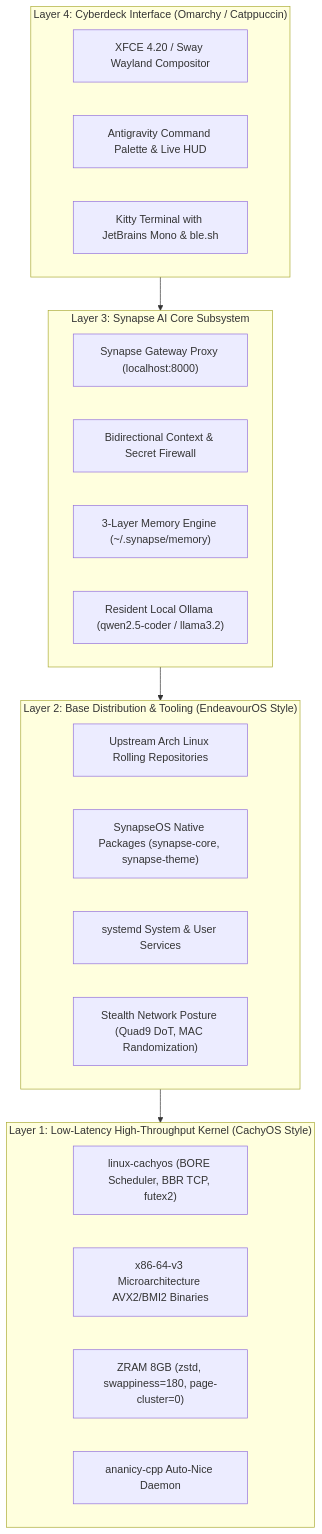
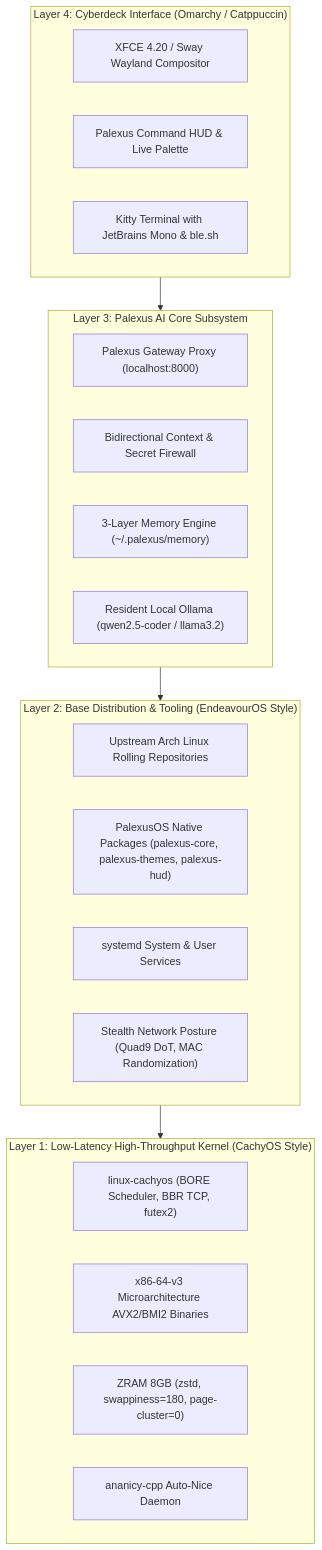
One commit to earnerbaymalay/palexusOS changed the diagram in docs/ARCHITECTURE.md. Above: the diagram before and after it, drawn with Mermaid. The commit also changed other lines of this file and 21 other files, not shown here.

````diff
--- a/docs/ARCHITECTURE.md
+++ b/docs/ARCHITECTURE.md
@@ -18,33 +18,33 @@
 ```mermaid
 flowchart TD
     subgraph UI ["Layer 4: Cyberdeck Interface (Omarchy / Catppuccin)"]
         W["XFCE 4.20 / Sway Wayland Compositor"]
-        P["Antigravity Command Palette & Live HUD"]
+        P["Palexus Command HUD & Live Palette"]
         K["Kitty Terminal with JetBrains Mono & ble.sh"]
     end
 
-    subgraph AI ["Layer 3: Synapse AI Core Subsystem"]
-        GW["Synapse Gateway Proxy (localhost:8000)"]
+    subgraph AI ["Layer 3: Palexus AI Core Subsystem"]
+        GW["Palexus Gateway Proxy (localhost:8000)"]
         FW["Bidirectional Context & Secret Firewall"]
-        MEM["3-Layer Memory Engine (~/.synapse/memory)"]
+        MEM["3-Layer Memory Engine (~/.palexus/memory)"]
         LLM["Resident Local Ollama (qwen2.5-coder / llama3.2)"]
     end
 
     subgraph OS ["Layer 2: Base Distribution & Tooling (EndeavourOS Style)"]
         ARCH["Upstream Arch Linux Rolling Repositories"]
-        PKG["SynapseOS Native Packages (synapse-core, synapse-theme)"]
+        PKG["PalexusOS Native Packages (palexus-core, palexus-themes, palexus-hud)"]
         SYS["systemd System & User Services"]
         SEC["Stealth Network Posture (Quad9 DoT, MAC Randomization)"]
     end
 
     subgraph KERNEL ["Layer 1: Low-Latency High-Throughput Kernel (CachyOS Style)"]
         CK["linux-cachyos (BORE Scheduler, BBR TCP, futex2)"]
         OPT["x86-64-v3 Microarchitecture AVX2/BMI2 Binaries"]
         MEMT["ZRAM 8GB (zstd, swappiness=180, page-cluster=0)"]
         ANAN["ananicy-cpp Auto-Nice Daemon"]
     end
 
     UI --> AI
     AI --> OS
     OS --> KERNEL
 ```
````
